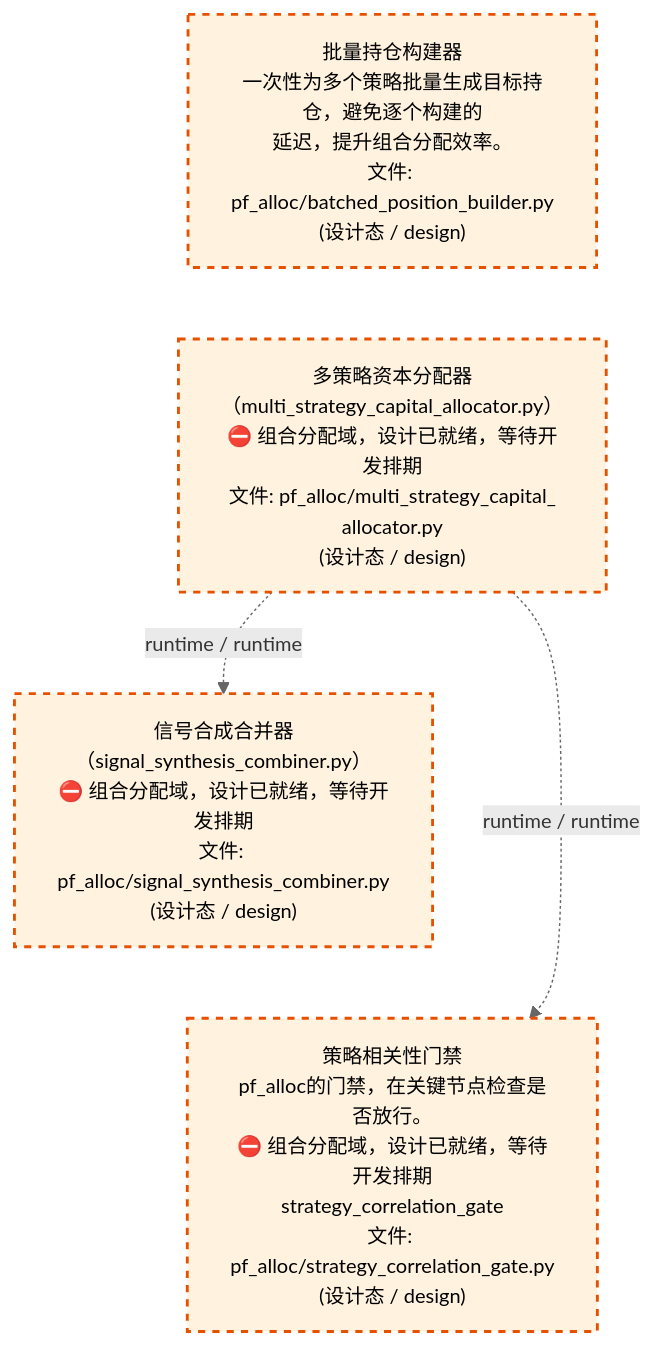
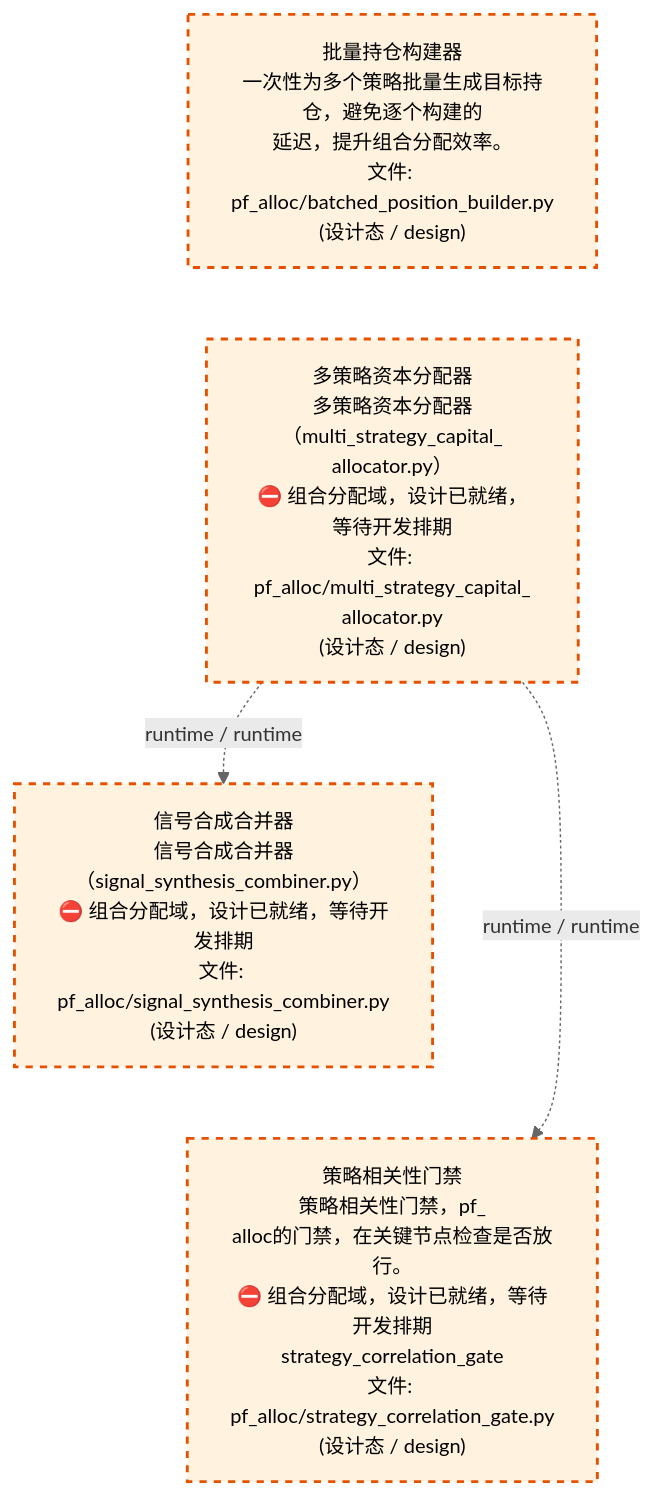
The third of 4 diagrams in docs/02_enterprise_architecture/02_domain_architecture_docs/62_d_pf_alloc.md (xuanFelixVan/ZephyrAlpha), drawn with Mermaid before and after one commit. The commit also changed other lines of this file and 56 other files, not shown here.

````diff
--- a/docs/02_enterprise_architecture/02_domain_architecture_docs/62_d_pf_alloc.md
+++ b/docs/02_enterprise_architecture/02_domain_architecture_docs/62_d_pf_alloc.md
@@ -122,17 +122,17 @@
 ```mermaid
 %%{init: {'theme': 'base', 'themeVariables': {'primaryColor': '#eaeaea', 'primaryTextColor': '#333333', 'primaryBorderColor': '#666666', 'lineColor': '#666666', 'secondaryColor': '#eaeaea', 'tertiaryColor': '#eaeaea', 'fontSize': '14px'}}}%%
 flowchart TD
     src_zephyr_pf_alloc_batched_position_builder_py["批量持仓构建器<br/>一次性为多个策略批量生成目标持仓，避免逐个构建的<br/>延迟，提升组合分配效率。<br/>文件: pf_alloc/batched_position_builder.py<br/>(设计态 / design)"]
-    src_zephyr_pf_alloc_multi_strategy_capital_allocator_py["多策略资本分配器<br/>（multi_strategy_capital_allocator.py）<br/>⛔ 组合分配域，设计已就绪，等待开发排期<br/>文件: pf_alloc/multi_strategy_capital_<br/>allocator.py<br/>(设计态 / design)"]
+    src_zephyr_pf_alloc_multi_strategy_capital_allocator_py["多策略资本分配器<br/>多策略资本分配器（multi_strategy_capital_<br/>allocator.py）<br/>⛔ 组合分配域，设计已就绪，等待开发排期<br/>文件: pf_alloc/multi_strategy_capital_<br/>allocator.py<br/>(设计态 / design)"]
     src_zephyr_pf_alloc_batched_position_builder_py ~~~ src_zephyr_pf_alloc_multi_strategy_capital_allocator_py
-    src_zephyr_pf_alloc_signal_synthesis_combiner_py["信号合成合并器<br/>（signal_synthesis_combiner.py）<br/>⛔ 组合分配域，设计已就绪，等待开发排期<br/>文件: pf_alloc/signal_synthesis_combiner.py<br/>(设计态 / design)"]
-    src_zephyr_pf_alloc_strategy_correlation_gate_py["策略相关性门禁<br/>pf_alloc的门禁，在关键节点检查是否放行。<br/>⛔ 组合分配域，设计已就绪，等待开发排期<br/>strategy_correlation_gate<br/>文件: pf_alloc/strategy_correlation_gate.py<br/>(设计态 / design)"]
+    src_zephyr_pf_alloc_signal_synthesis_combiner_py["信号合成合并器<br/>信号合成合并器（signal_synthesis_combiner.py）<br/>⛔ 组合分配域，设计已就绪，等待开发排期<br/>文件: pf_alloc/signal_synthesis_combiner.py<br/>(设计态 / design)"]
+    src_zephyr_pf_alloc_strategy_correlation_gate_py["策略相关性门禁<br/>策略相关性门禁，pf_<br/>alloc的门禁，在关键节点检查是否放行。<br/>⛔ 组合分配域，设计已就绪，等待开发排期<br/>strategy_correlation_gate<br/>文件: pf_alloc/strategy_correlation_gate.py<br/>(设计态 / design)"]
     src_zephyr_pf_alloc_signal_synthesis_combiner_py ~~~ src_zephyr_pf_alloc_strategy_correlation_gate_py
     src_zephyr_pf_alloc_multi_strategy_capital_allocator_py -.->|runtime / runtime| src_zephyr_pf_alloc_signal_synthesis_combiner_py
     src_zephyr_pf_alloc_multi_strategy_capital_allocator_py -.->|runtime / runtime| src_zephyr_pf_alloc_strategy_correlation_gate_py
     classDef production fill:#e1f5fe,stroke:#01579b,stroke-width:2px,color:#000
     classDef design fill:#fff3e0,stroke:#e65100,stroke-width:2px,color:#000,stroke-dasharray: 5 5
     classDef external_prod fill:#e8f4fd,stroke:#0277bd,stroke-width:1px,color:#000
     classDef external_design fill:#fff8e7,stroke:#ef6c00,stroke-width:1px,color:#000,stroke-dasharray: 5 5
     class src_zephyr_pf_alloc_batched_position_builder_py,src_zephyr_pf_alloc_multi_strategy_capital_allocator_py,src_zephyr_pf_alloc_signal_synthesis_combiner_py,src_zephyr_pf_alloc_strategy_correlation_gate_py design
 ```
````
